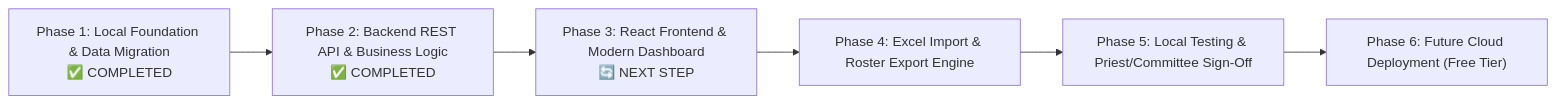
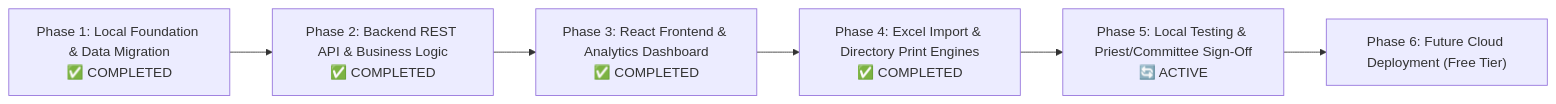
One commit to royvantony/PARISH_REGISTER changed the fifth of 5 diagrams in docs/SYSTEM_DESIGN.md. Above: the diagram before and after it, drawn with Mermaid. The commit also changed other lines of this file and 40 other files, not shown here.

````diff
--- a/docs/SYSTEM_DESIGN.md
+++ b/docs/SYSTEM_DESIGN.md
@@ -519,9 +519,8 @@
 ```mermaid
 flowchart LR
     P1["Phase 1: Local Foundation & Data Migration<br/>✅ COMPLETED"] --> P2["Phase 2: Backend REST API & Business Logic<br/>✅ COMPLETED"]
-    P2 --> P3["Phase 3: React Frontend & Modern Dashboard<br/>🔄 NEXT STEP"]
-    P3 --> P4["Phase 4: Excel Import & Roster Export Engine"]
-    P4 --> P5["Phase 5: Local Testing & Priest/Committee Sign-Off"]
+    P2 --> P3["Phase 3: React Frontend & Analytics Dashboard<br/>✅ COMPLETED"]
+    P3 --> P4["Phase 4: Excel Import & Directory Print Engines<br/>✅ COMPLETED"]
+    P4 --> P5["Phase 5: Local Testing & Priest/Committee Sign-Off<br/>🔄 ACTIVE"]
     P5 --> P6["Phase 6: Future Cloud Deployment (Free Tier)"]
-
 ```
````
